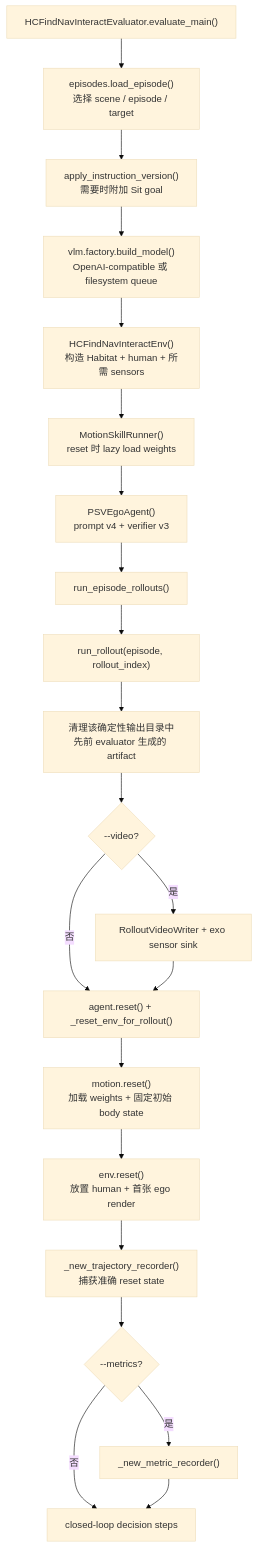
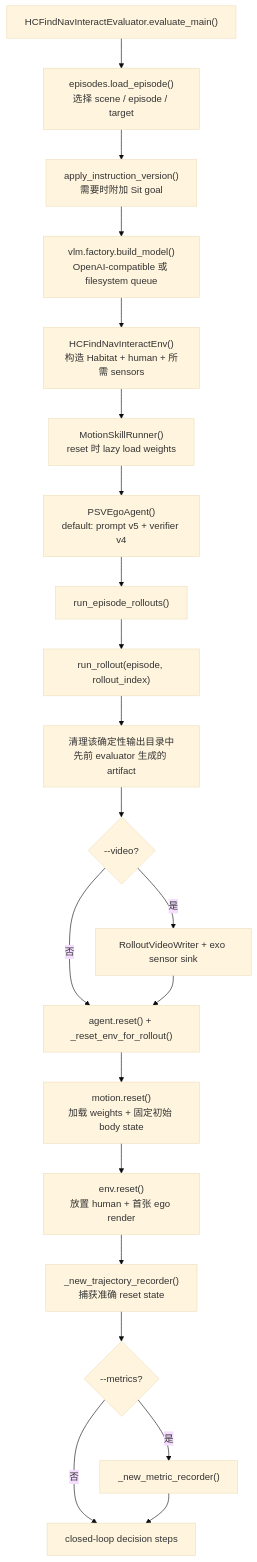
One commit to Human-CLAW/HumanCLAW changed the second of 5 diagrams in docs/ARCHITECTURE_zh.md. Above: the diagram before and after it, drawn with Mermaid (base theme). The commit also changed other lines of this file and 24 other files, not shown here.

````diff
--- a/docs/ARCHITECTURE_zh.md
+++ b/docs/ARCHITECTURE_zh.md
@@ -64,24 +64,24 @@
 ```mermaid
 flowchart TD
     START["HCFindNavInteractEvaluator.evaluate_main()"] --> EP["episodes.load_episode()<br/>选择 scene / episode / target"]
     EP --> INST["apply_instruction_version()<br/>需要时附加 Sit goal"]
     INST --> MODEL["vlm.factory.build_model()<br/>OpenAI-compatible 或 filesystem queue"]
     MODEL --> ENV["HCFindNavInteractEnv()<br/>构造 Habitat + human + 所需 sensors"]
     ENV --> MOTION["MotionSkillRunner()<br/>reset 时 lazy load weights"]
-    MOTION --> AGENT["PSVEgoAgent()<br/>prompt v4 + verifier v3"]
+    MOTION --> AGENT["PSVEgoAgent()<br/>default: prompt v5 + verifier v4"]
     AGENT --> ROLLOUTS["run_episode_rollouts()"]
     ROLLOUTS --> ROLLOUT["run_rollout(episode, rollout_index)"]
 
     ROLLOUT --> ARTEFACTS["清理该确定性输出目录中<br/>先前 evaluator 生成的 artifact"]
     ARTEFACTS --> VIDEO{"--video?"}
     VIDEO -->|是| WRITER["RolloutVideoWriter + exo sensor sink"]
     VIDEO -->|否| RESET
     WRITER --> RESET["agent.reset() + _reset_env_for_rollout()"]
     RESET --> MRESET["motion.reset()<br/>加载 weights + 固定初始 body state"]
     MRESET --> ERESET["env.reset()<br/>放置 human + 首张 ego render"]
     ERESET --> TRAJ["_new_trajectory_recorder()<br/>捕获准确 reset state"]
     TRAJ --> METRIC{"--metrics?"}
     METRIC -->|是| MREC["_new_metric_recorder()"]
     METRIC -->|否| LOOP["closed-loop decision steps"]
     MREC --> LOOP
 ```
````
